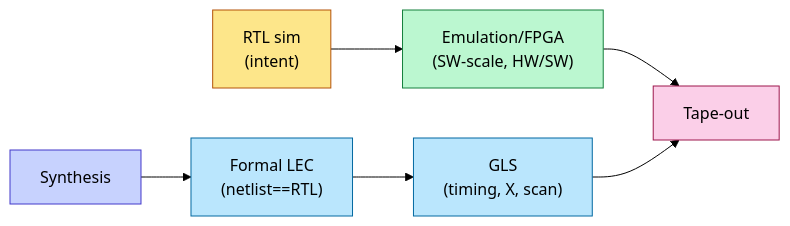
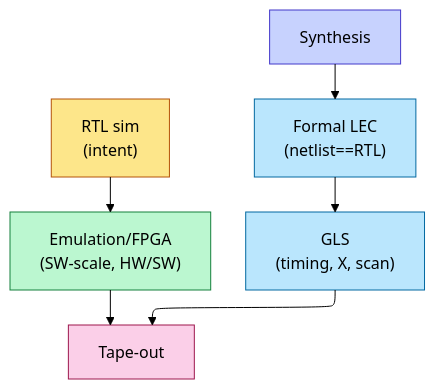
Before and after one commit to Wty2003328/ai_infra_intro: the diagram in hardware_design/03_Frontend_RTL_and_Verification/Gate_Level_Sim_and_Emulation.md, drawn with Mermaid (forest theme). The commit also changed 108 other files, not shown here.

````diff
--- a/hardware_design/03_Frontend_RTL_and_Verification/Gate_Level_Sim_and_Emulation.md
+++ b/hardware_design/03_Frontend_RTL_and_Verification/Gate_Level_Sim_and_Emulation.md
@@ -60,13 +60,14 @@
 ```mermaid
-flowchart LR
+%%{init: {"flowchart": {"defaultRenderer": "elk", "nodeSpacing": 60, "rankSpacing": 60, "htmlLabels": false}}}%%
+flowchart TD
     RTLs["RTL sim<br/>(intent)"]:::a --> EMU["Emulation/FPGA<br/>(SW-scale, HW/SW)"]:::b
     SYN["Synthesis"]:::d --> LEC["Formal LEC<br/>(netlist==RTL)"]:::c
     LEC --> GLS["GLS<br/>(timing, X, scan)"]:::c
     EMU --> TO["Tape-out"]:::e
     GLS --> TO
     classDef a fill:#fde68a,stroke:#b45309,color:#000
     classDef b fill:#bbf7d0,stroke:#15803d,color:#000
     classDef c fill:#bae6fd,stroke:#0369a1,color:#000
     classDef d fill:#c7d2fe,stroke:#4338ca,color:#000
     classDef e fill:#fbcfe8,stroke:#9d174d,color:#000
 ```
````
